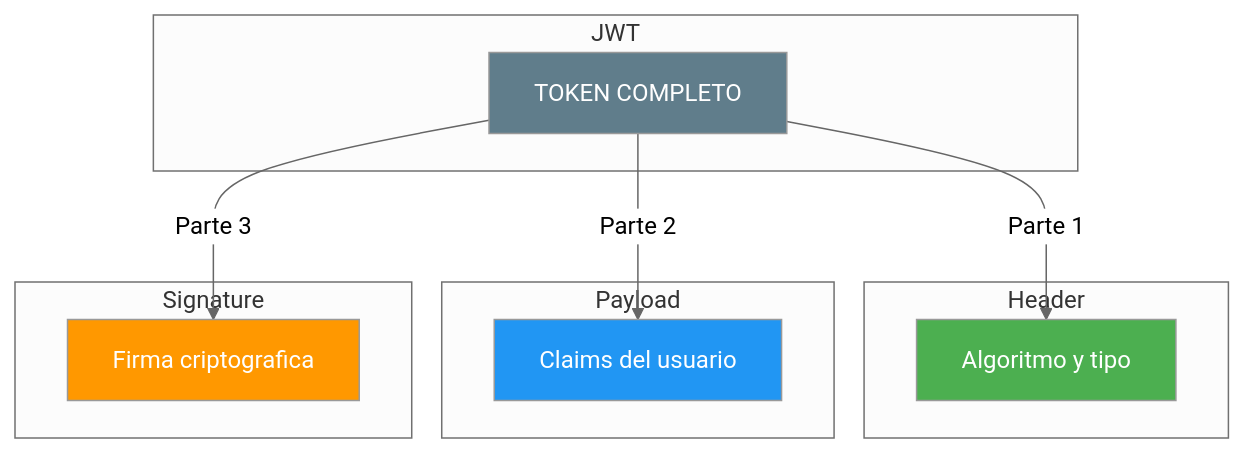
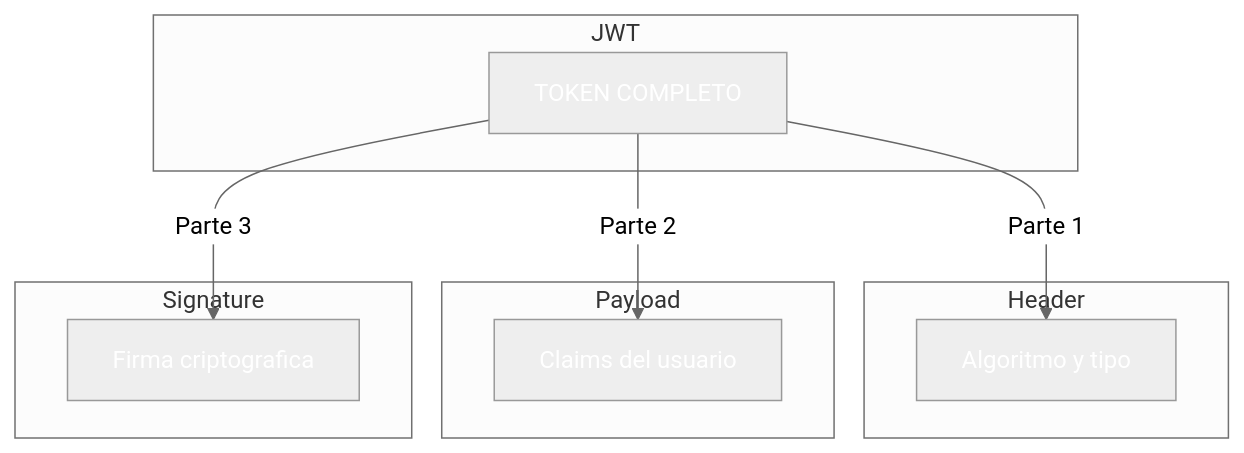
The seventh of 15 diagrams in 16-autenticacion.md (joseluisgs/DesarrolloWebEntornosServidor-02-2026-2027), drawn with Mermaid (neutral theme) before and after one commit. The commit also changed other lines of this file and 41 other files, not shown here.

````diff
--- a/16-autenticacion.md
+++ b/16-autenticacion.md
@@ -205,27 +205,27 @@
 ```mermaid
 flowchart TD
     subgraph JWT
         T[TOKEN COMPLETO]
     end
 
     subgraph Header
         H1[Algoritmo y tipo]
     end
 
     subgraph Payload
         P1[Claims del usuario]
     end
 
     subgraph Signature
         S1[Firma criptografica]
     end
 
     T -->|Parte 1| H1
     T -->|Parte 2| P1
     T -->|Parte 3| S1
 
-    style T fill:#607D8B,color:#fff
-    style H1 fill:#4CAF50,color:#fff
-    style P1 fill:#2196F3,color:#fff
-    style S1 fill:#FF9800,color:#fff
+    style T fill:#607D8,color:#fffB,color:#fff
+    style H1 fill:#4CAF5,color:#fff0,color:#fff
+    style P1 fill:#2196F,color:#fff3,color:#fff
+    style S1 fill:#FF980,color:#fff0,color:#fff
 ```
````
